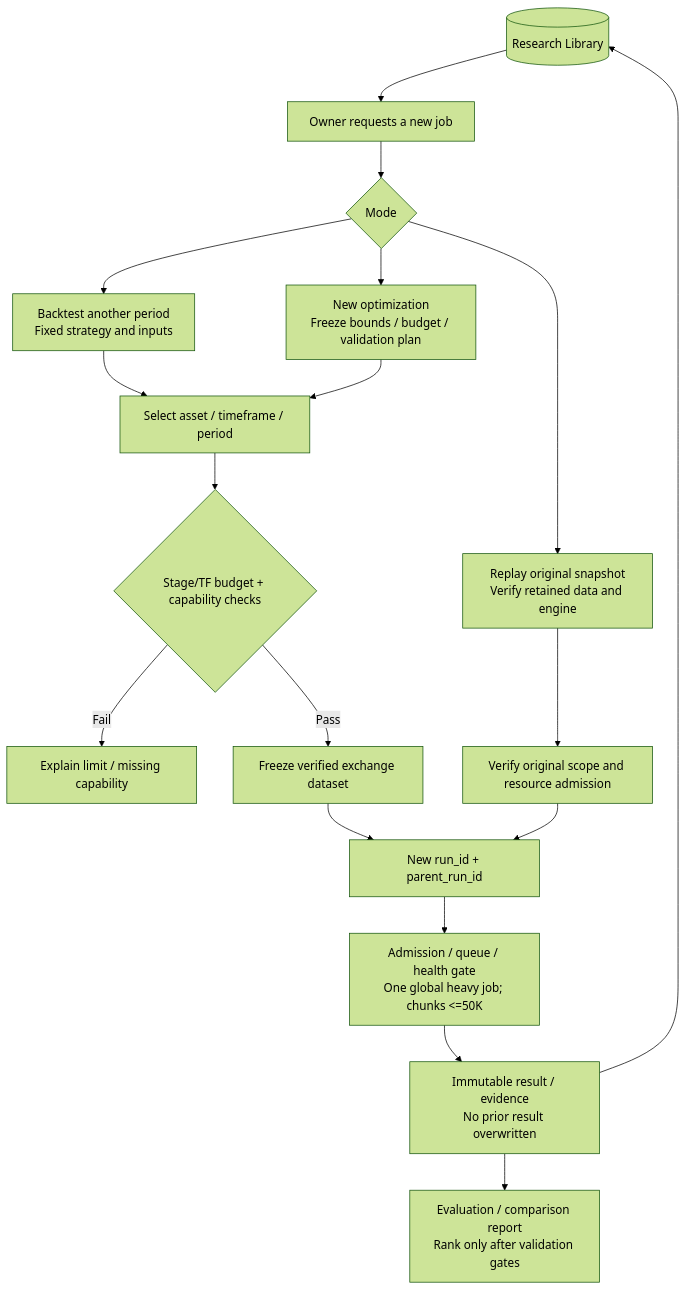
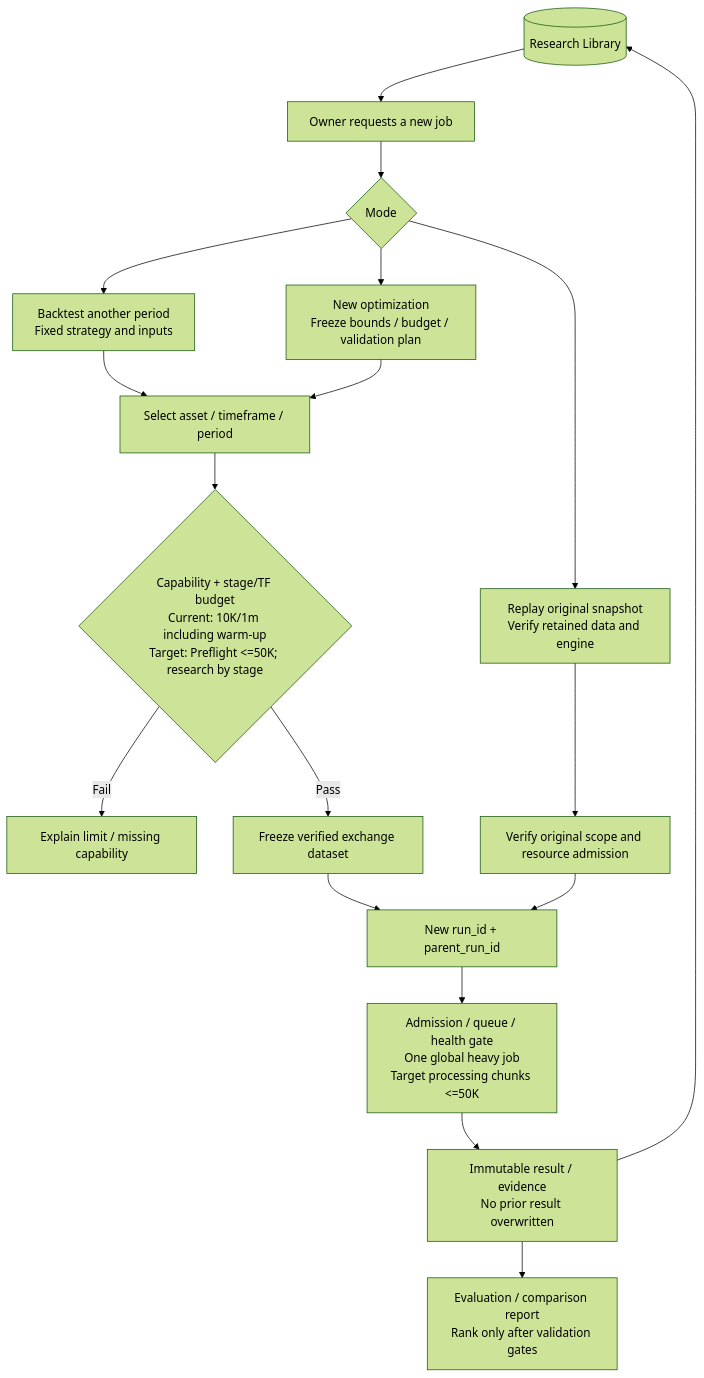
The fourth of 4 diagrams in docs/ROADMAP.md (sanchatmd-dev/trading-bot), drawn with Mermaid (forest theme) before and after one commit. The commit also changed other lines of this file and 7 other files, not shown here.

````diff
--- a/docs/ROADMAP.md
+++ b/docs/ROADMAP.md
@@ -501,20 +526,20 @@
 ```mermaid
 flowchart TD
     LIB[("Research Library")] --> OWNER["Owner requests a new job"]
     OWNER --> MODE{"Mode"}
     MODE --> REPLAY["Replay original snapshot<br/>Verify retained data and engine"]
     MODE --> BACK["Backtest another period<br/>Fixed strategy and inputs"]
     MODE --> NEW["New optimization<br/>Freeze bounds / budget / validation plan"]
     BACK --> SELECT["Select asset / timeframe / period"]
     NEW --> SELECT
-    SELECT --> GATE{"Stage/TF budget + capability checks"}
+    SELECT --> GATE{"Capability + stage/TF budget<br/>Current: 10K/1m including warm-up<br/>Target: Preflight <=50K; research by stage"}
     GATE -->|Fail| WHY["Explain limit / missing capability"]
     GATE -->|Pass| DATA["Freeze verified exchange dataset"]
     DATA --> RUN["New run_id + parent_run_id"]
     REPLAY --> CHECK["Verify original scope and resource admission"]
     CHECK --> RUN
-    RUN --> QUEUE["Admission / queue / health gate<br/>One global heavy job; chunks <=50K"]
+    RUN --> QUEUE["Admission / queue / health gate<br/>One global heavy job<br/>Target processing chunks <=50K"]
     QUEUE --> RESULT["Immutable result / evidence<br/>No prior result overwritten"]
     RESULT --> LIB
     RESULT --> REPORT["Evaluation / comparison report<br/>Rank only after validation gates"]
 ```
````
